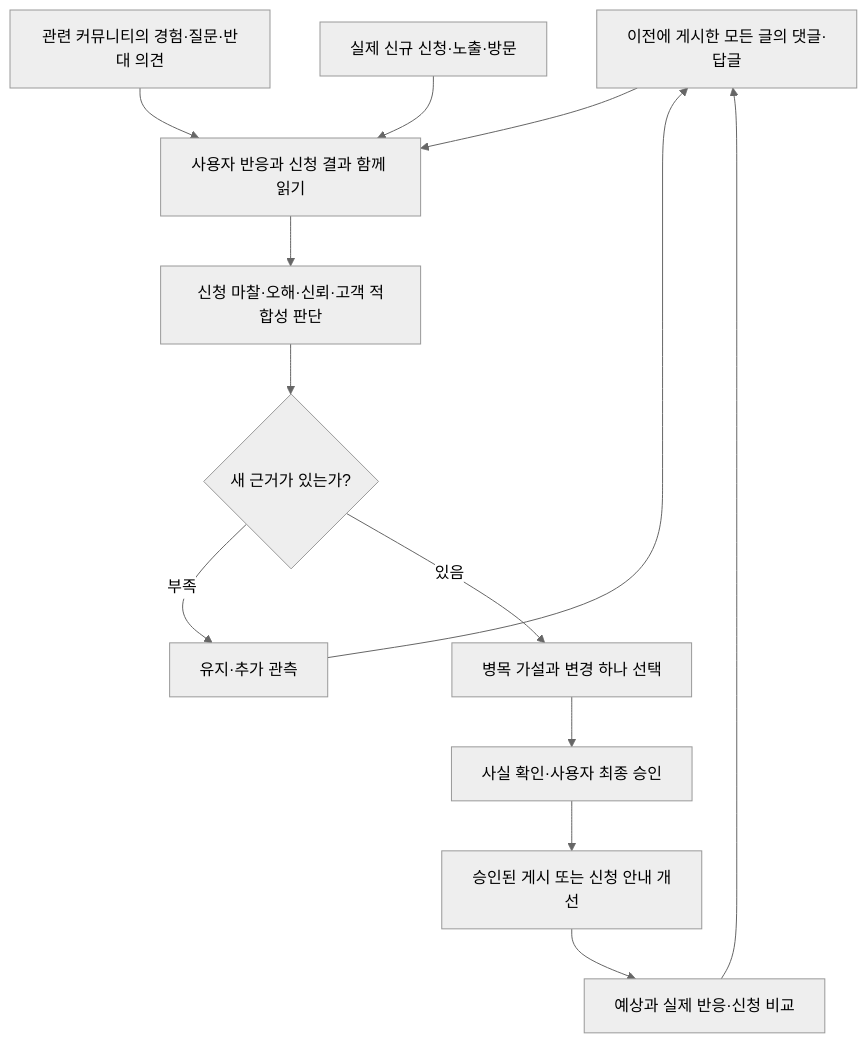
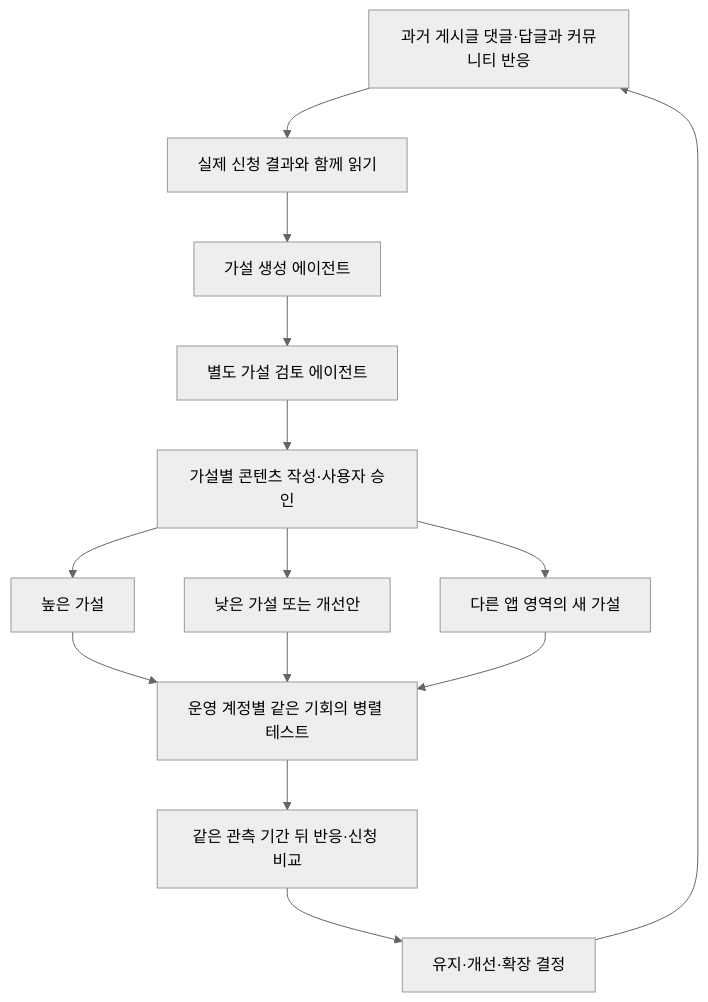
The diagram in PRESENTATION.md (Joon-Park92/clone-gtm), drawn with Mermaid (neutral theme) before and after one commit. The commit also changed other lines of this file and 32 other files, not shown here.

````diff
--- a/PRESENTATION.md
+++ b/PRESENTATION.md
@@ -45,15 +17,16 @@
 ```mermaid
 flowchart TD
-    A[이전에 게시한 모든 글의 댓글·답글] --> D[사용자 반응과 신청 결과 함께 읽기]
-    B[관련 커뮤니티의 경험·질문·반대 의견] --> D
-    C[실제 신규 신청·노출·방문] --> D
-    D --> E[신청 마찰·오해·신뢰·고객 적합성 판단]
-    E --> F{새 근거가 있는가?}
-    F -->|부족| G[유지·추가 관측]
-    F -->|있음| H[병목 가설과 변경 하나 선택]
-    H --> I[사실 확인·사용자 최종 승인]
-    I --> J[승인된 게시 또는 신청 안내 개선]
-    J --> K[예상과 실제 반응·신청 비교]
+    A[과거 게시글 댓글·답글과 커뮤니티 반응] --> B[실제 신청 결과와 함께 읽기]
+    B --> C[가설 생성 에이전트]
+    C --> D[별도 가설 검토 에이전트]
+    D --> E[가설별 콘텐츠 작성·사용자 승인]
+    E --> F[높은 가설]
+    E --> G[낮은 가설 또는 개선안]
+    E --> H[다른 앱 영역의 새 가설]
+    F --> I[운영 계정별 같은 기회의 병렬 테스트]
+    G --> I
+    H --> I
+    I --> J[같은 관측 기간 뒤 반응·신청 비교]
+    J --> K[유지·개선·확장 결정]
     K --> A
-    G --> A
 ```
````
